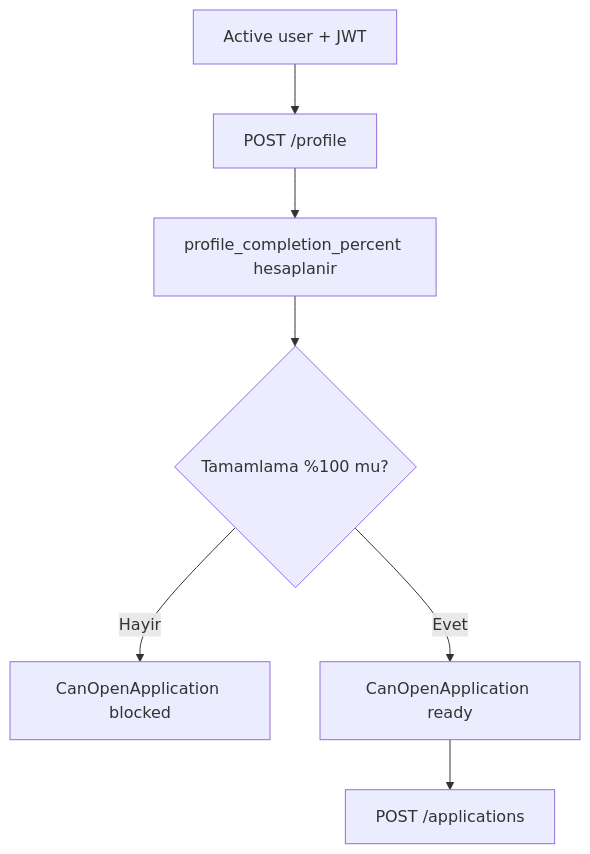
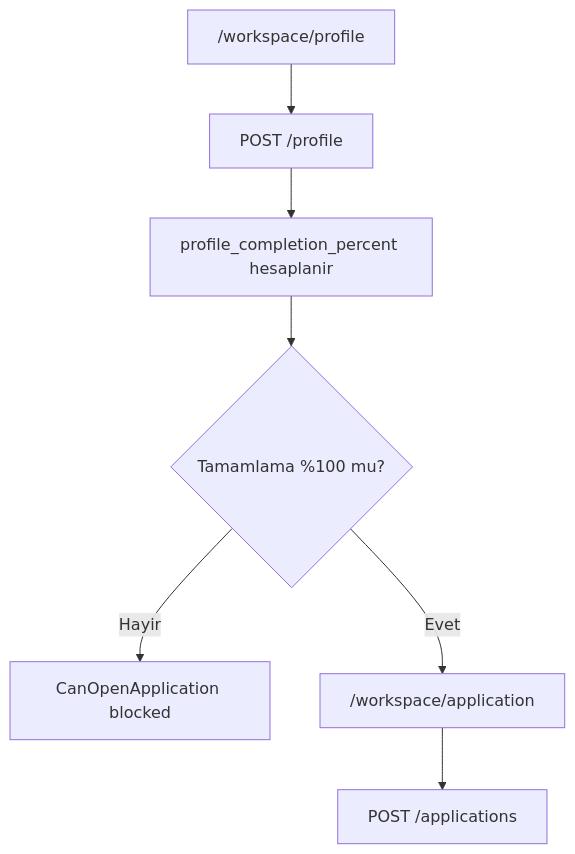
Before and after one commit to ilkerunsal/etik-kurul-platform: the third of 7 diagrams in project_docs/workflows.md, drawn with Mermaid. The commit also changed other lines of this file and 4 other files, not shown here.

````diff
--- a/project_docs/workflows.md
+++ b/project_docs/workflows.md
@@ -64,9 +67,9 @@
 ```mermaid
 flowchart TD
-    A["Active user + JWT"] --> B["POST /profile"]
+    A["/workspace/profile"] --> B["POST /profile"]
     B --> C["profile_completion_percent hesaplanir"]
     C --> D{"Tamamlama %100 mu?"}
     D -->|Hayir| E["CanOpenApplication blocked"]
-    D -->|Evet| F["CanOpenApplication ready"]
+    D -->|Evet| F["/workspace/application"]
     F --> G["POST /applications"]
 ```
````
